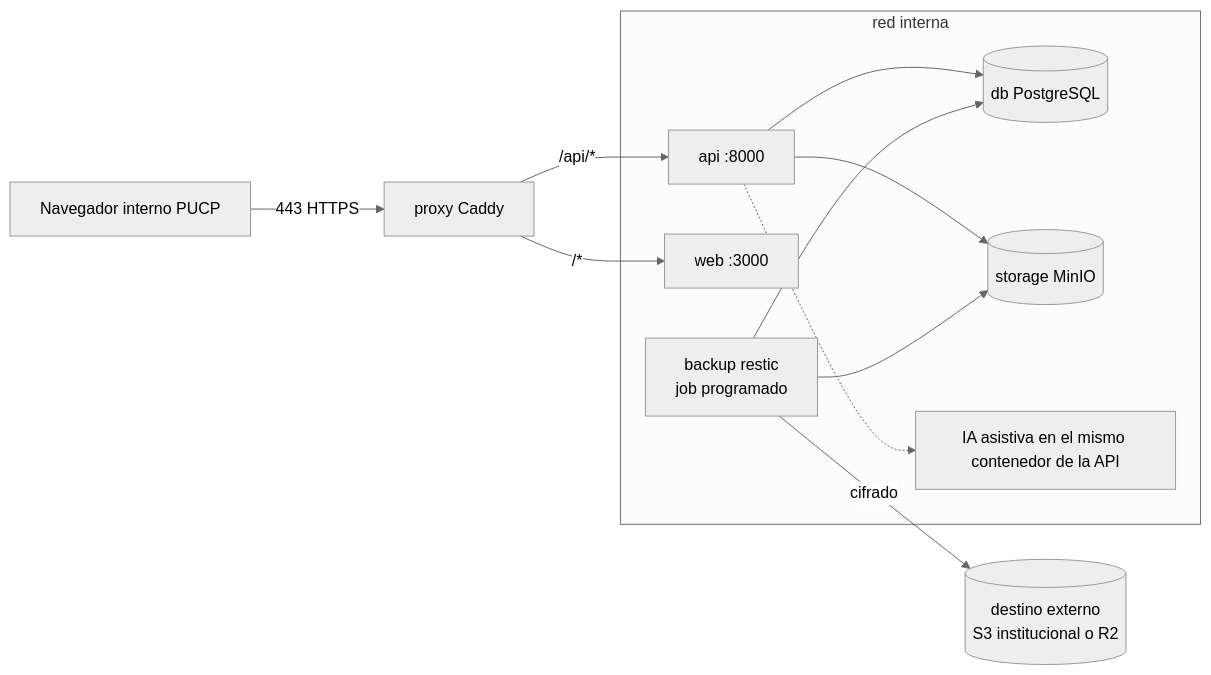
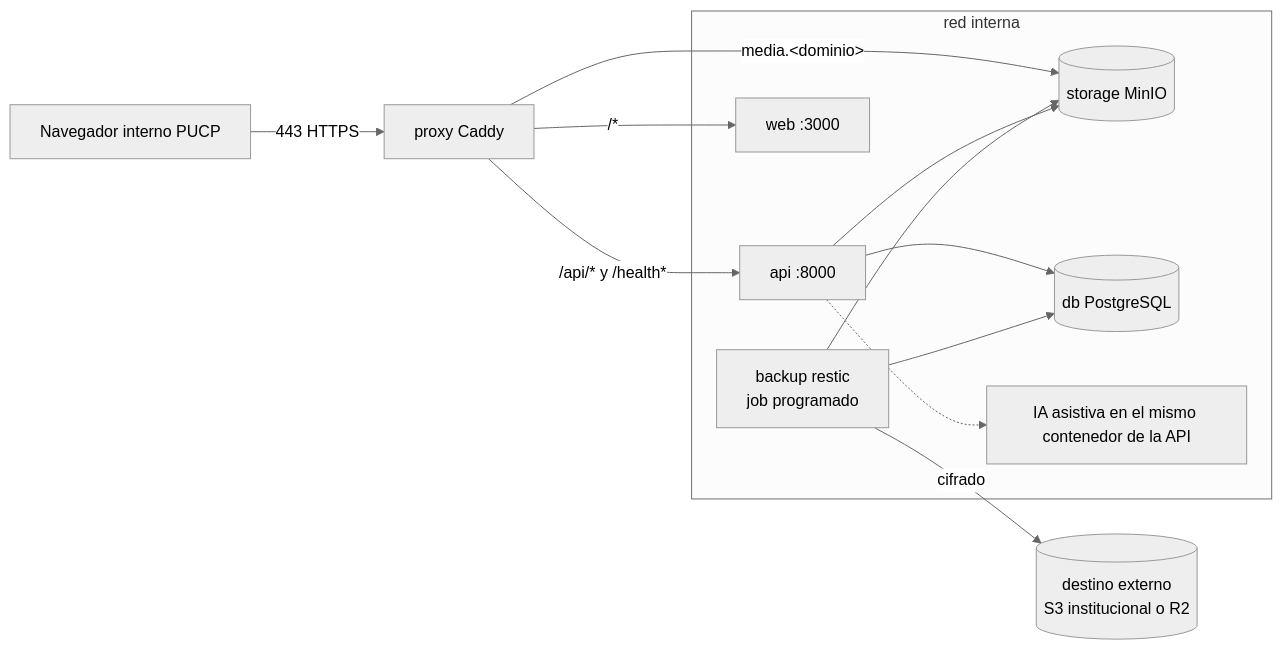
One commit to AndreAsenjo18/MATP-PUCP changed the diagram in openspec/changes/despliegue-vm-y-respaldos/design.md. Above: the diagram before and after it, drawn with Mermaid (neutral theme). The commit also changed other lines of this file and 3 other files, not shown here.

Commit message:
docs(openspec): refine deployment and auth changes after architecture review

````diff
--- a/openspec/changes/despliegue-vm-y-respaldos/design.md
+++ b/openspec/changes/despliegue-vm-y-respaldos/design.md
@@ -23,20 +23,21 @@
 ```mermaid
 flowchart LR
     U[Navegador interno PUCP] -->|443 HTTPS| P[proxy Caddy]
-    P -->|/api/*| A[api :8000]
+    P -->|/api/* y /health*| A[api :8000]
     P -->|/*| W[web :3000]
+    P -->|media.&lt;dominio&gt;| S[(storage MinIO)]
     A --> D[(db PostgreSQL)]
-    A --> S[(storage MinIO)]
+    A --> S
     A -.-> I[IA asistiva en el mismo contenedor de la API]
     B[backup restic<br/>job programado] --> D
     B --> S
     B -->|cifrado| R[(destino externo<br/>S3 institucional o R2)]
     subgraph red interna
       A
       W
       D
       S
       I
       B
     end
 ```
````
